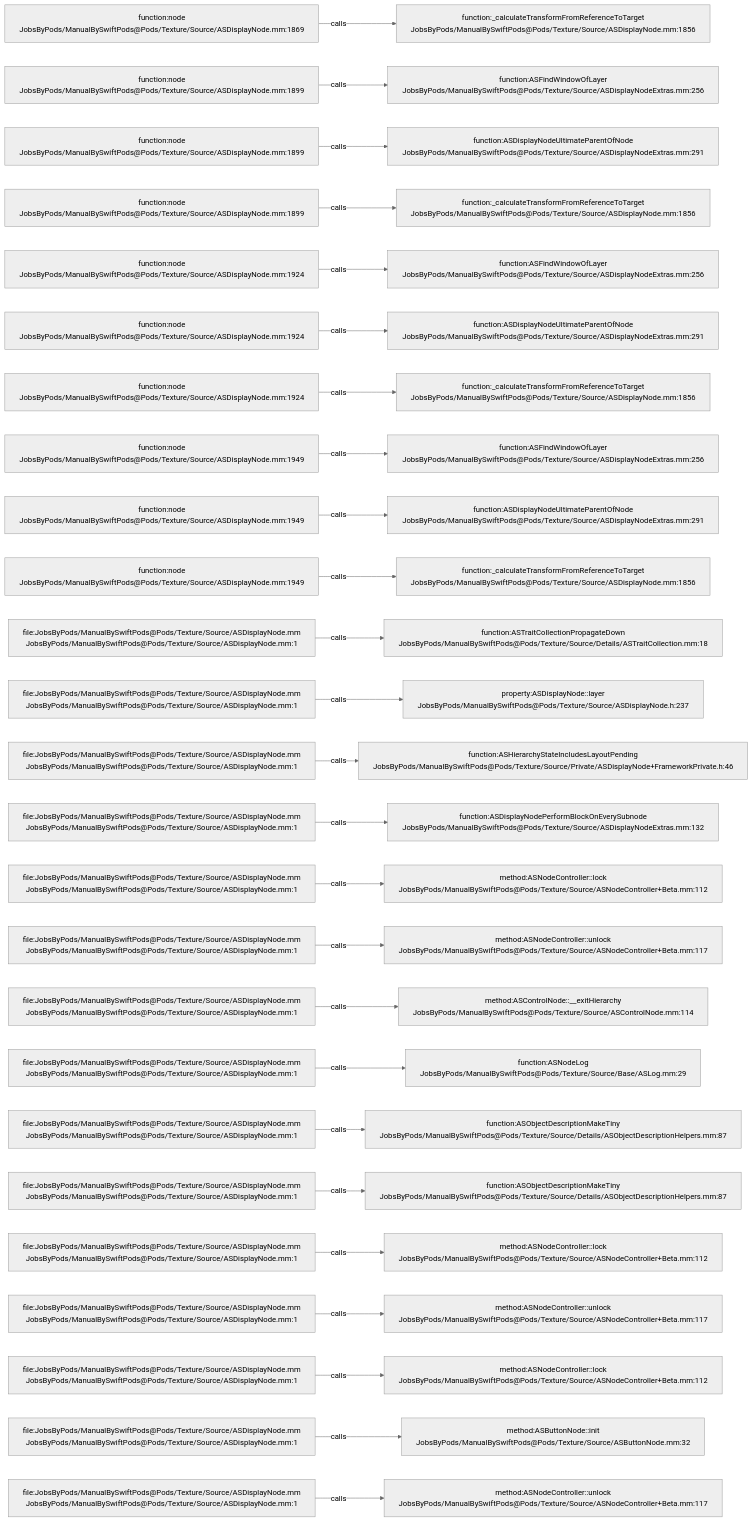
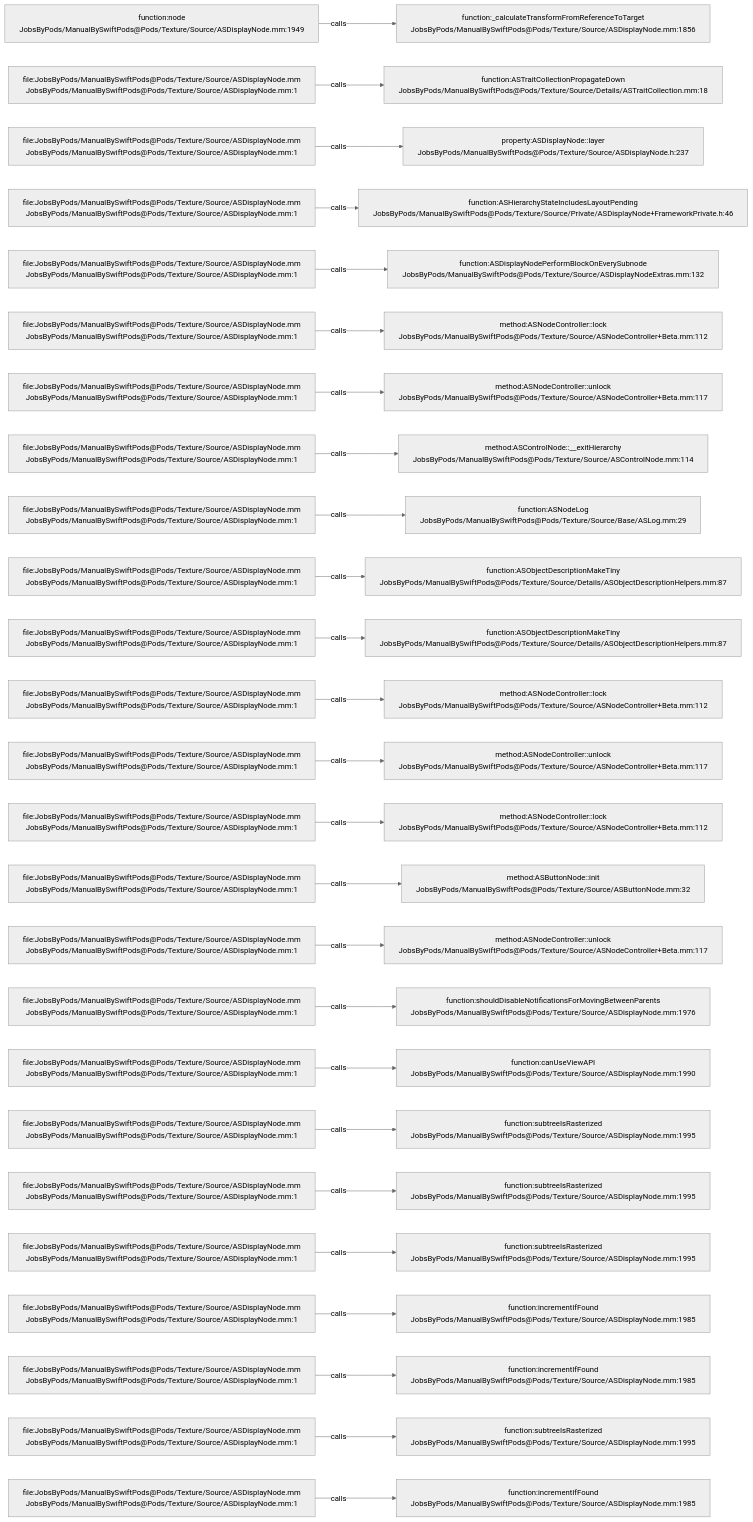
The diagram in .codegraph/codegraph.md/graphs/calls-032.md (JobsKits/JobsSwiftBaseConfigDemo), drawn with Mermaid (neutral theme) before and after one commit. The commit also changed 707 other files, not shown here.

````diff
--- a/.codegraph/codegraph.md/graphs/calls-032.md
+++ b/.codegraph/codegraph.md/graphs/calls-032.md
@@ -13,78 +13,78 @@
 ```mermaid
 flowchart LR
-  S1["function:node<br/>JobsByPods/ManualBySwiftPods@Pods/Texture/Source/ASDisplayNode.mm:1869"]
+  S1["function:node<br/>JobsByPods/ManualBySwiftPods@Pods/Texture/Source/ASDisplayNode.mm:1949"]
   T1["function:_calculateTransformFromReferenceToTarget<br/>JobsByPods/ManualBySwiftPods@Pods/Texture/Source/ASDisplayNode.mm:1856"]
   S1 -->|calls| T1
-  S2["function:node<br/>JobsByPods/ManualBySwiftPods@Pods/Texture/Source/ASDisplayNode.mm:1899"]
-  T2["function:ASFindWindowOfLayer<br/>JobsByPods/ManualBySwiftPods@Pods/Texture/Source/ASDisplayNodeExtras.mm:256"]
+  S2["file:JobsByPods/ManualBySwiftPods@Pods/Texture/Source/ASDisplayNode.mm<br/>JobsByPods/ManualBySwiftPods@Pods/Texture/Source/ASDisplayNode.mm:1"]
+  T2["function:ASTraitCollectionPropagateDown<br/>JobsByPods/ManualBySwiftPods@Pods/Texture/Source/Details/ASTraitCollection.mm:18"]
   S2 -->|calls| T2
-  S3["function:node<br/>JobsByPods/ManualBySwiftPods@Pods/Texture/Source/ASDisplayNode.mm:1899"]
-  T3["function:ASDisplayNodeUltimateParentOfNode<br/>JobsByPods/ManualBySwiftPods@Pods/Texture/Source/ASDisplayNodeExtras.mm:291"]
+  S3["file:JobsByPods/ManualBySwiftPods@Pods/Texture/Source/ASDisplayNode.mm<br/>JobsByPods/ManualBySwiftPods@Pods/Texture/Source/ASDisplayNode.mm:1"]
+  T3["property:ASDisplayNode::layer<br/>JobsByPods/ManualBySwiftPods@Pods/Texture/Source/ASDisplayNode.h:237"]
   S3 -->|calls| T3
-  S4["function:node<br/>JobsByPods/ManualBySwiftPods@Pods/Texture/Source/ASDisplayNode.mm:1899"]
-  T4["function:_calculateTransformFromReferenceToTarget<br/>JobsByPods/ManualBySwiftPods@Pods/Texture/Source/ASDisplayNode.mm:1856"]
+  S4["file:JobsByPods/ManualBySwiftPods@Pods/Texture/Source/ASDisplayNode.mm<br/>JobsByPods/ManualBySwiftPods@Pods/Texture/Source/ASDisplayNode.mm:1"]
+  T4["function:ASHierarchyStateIncludesLayoutPending<br/>JobsByPods/ManualBySwiftPods@Pods/Texture/Source/Private/ASDisplayNode+FrameworkPrivate.h:46"]
   S4 -->|calls| T4
-  S5["function:node<br/>JobsByPods/ManualBySwiftPods@Pods/Texture/Source/ASDisplayNode.mm:1924"]
-  T5["function:ASFindWindowOfLayer<br/>JobsByPods/ManualBySwiftPods@Pods/Texture/Source/ASDisplayNodeExtras.mm:256"]
+  S5["file:JobsByPods/ManualBySwiftPods@Pods/Texture/Source/ASDisplayNode.mm<br/>JobsByPods/ManualBySwiftPods@Pods/Texture/Source/ASDisplayNode.mm:1"]
+  T5["function:ASDisplayNodePerformBlockOnEverySubnode<br/>JobsByPods/ManualBySwiftPods@Pods/Texture/Source/ASDisplayNodeExtras.mm:132"]
   S5 -->|calls| T5
-  S6["function:node<br/>JobsByPods/ManualBySwiftPods@Pods/Texture/Source/ASDisplayNode.mm:1924"]
-  T6["function:ASDisplayNodeUltimateParentOfNode<br/>JobsByPods/ManualBySwiftPods@Pods/Texture/Source/ASDisplayNodeExtras.mm:291"]
+  S6["file:JobsByPods/ManualBySwiftPods@Pods/Texture/Source/ASDisplayNode.mm<br/>JobsByPods/ManualBySwiftPods@Pods/Texture/Source/ASDisplayNode.mm:1"]
+  T6["method:ASNodeController::lock<br/>JobsByPods/ManualBySwiftPods@Pods/Texture/Source/ASNodeController+Beta.mm:112"]
   S6 -->|calls| T6
-  S7["function:node<br/>JobsByPods/ManualBySwiftPods@Pods/Texture/Source/ASDisplayNode.mm:1924"]
-  T7["function:_calculateTransformFromReferenceToTarget<br/>JobsByPods/ManualBySwiftPods@Pods/Texture/Source/ASDisplayNode.mm:1856"]
+  S7["file:JobsByPods/ManualBySwiftPods@Pods/Texture/Source/ASDisplayNode.mm<br/>JobsByPods/ManualBySwiftPods@Pods/Texture/Source/ASDisplayNode.mm:1"]
+  T7["method:ASNodeController::unlock<br/>JobsByPods/ManualBySwiftPods@Pods/Texture/Source/ASNodeController+Beta.mm:117"]
   S7 -->|calls| T7
-  S8["function:node<br/>JobsByPods/ManualBySwiftPods@Pods/Texture/Source/ASDisplayNode.mm:1949"]
-  T8["function:ASFindWindowOfLayer<br/>JobsByPods/ManualBySwiftPods@Pods/Texture/Source/ASDisplayNodeExtras.mm:256"]
+  S8["file:JobsByPods/ManualBySwiftPods@Pods/Texture/Source/ASDisplayNode.mm<br/>JobsByPods/ManualBySwiftPods@Pods/Texture/Source/ASDisplayNode.mm:1"]
+  T8["method:ASControlNode::__exitHierarchy<br/>JobsByPods/ManualBySwiftPods@Pods/Texture/Source/ASControlNode.mm:114"]
   S8 -->|calls| T8
-  S9["function:node<br/>JobsByPods/ManualBySwiftPods@Pods/Texture/Source/ASDisplayNode.mm:1949"]
-  T9["function:ASDisplayNodeUltimateParentOfNode<br/>JobsByPods/ManualBySwiftPods@Pods/Texture/Source/ASDisplayNodeExtras.mm:291"]
+  S9["file:JobsByPods/ManualBySwiftPods@Pods/Texture/Source/ASDisplayNode.mm<br/>JobsByPods/ManualBySwiftPods@Pods/Texture/Source/ASDisplayNode.mm:1"]
+  T9["function:ASNodeLog<br/>JobsByPods/ManualBySwiftPods@Pods/Texture/Source/Base/ASLog.mm:29"]
   S9 -->|calls| T9
-  S10["function:node<br/>JobsByPods/ManualBySwiftPods@Pods/Texture/Source/ASDisplayNode.mm:1949"]
-  T10["function:_calculateTransformFromReferenceToTarget<br/>JobsByPods/ManualBySwiftPods@Pods/Texture/Source/ASDisplayNode.mm:1856"]
+  S10["file:JobsByPods/ManualBySwiftPods@Pods/Texture/Source/ASDisplayNode.mm<br/>JobsByPods/ManualBySwiftPods@Pods/Texture/Source/ASDisplayNode.mm:1"]
+  T10["function:ASObjectDescriptionMakeTiny<br/>JobsByPods/ManualBySwiftPods@Pods/Texture/Source/Details/ASObjectDescriptionHelpers.mm:87"]
   S10 -->|calls| T10
   S11["file:JobsByPods/ManualBySwiftPods@Pods/Texture/Source/ASDisplayNode.mm<br/>JobsByPods/ManualBySwiftPods@Pods/Texture/Source/ASDisplayNode.mm:1"]
-  T11["function:ASTraitCollectionPropagateDown<br/>JobsByPods/ManualBySwiftPods@Pods/Texture/Source/Details/ASTraitCollection.mm:18"]
+  T11["function:ASObjectDescriptionMakeTiny<br/>JobsByPods/ManualBySwiftPods@Pods/Texture/Source/Details/ASObjectDescriptionHelpers.mm:87"]
   S11 -->|calls| T11
   S12["file:JobsByPods/ManualBySwiftPods@Pods/Texture/Source/ASDisplayNode.mm<br/>JobsByPods/ManualBySwiftPods@Pods/Texture/Source/ASDisplayNode.mm:1"]
-  T12["property:ASDisplayNode::layer<br/>JobsByPods/ManualBySwiftPods@Pods/Texture/Source/ASDisplayNode.h:237"]
+  T12["method:ASNodeController::lock<br/>JobsByPods/ManualBySwiftPods@Pods/Texture/Source/ASNodeController+Beta.mm:112"]
   S12 -->|calls| T12
   S13["file:JobsByPods/ManualBySwiftPods@Pods/Texture/Source/ASDisplayNode.mm<br/>JobsByPods/ManualBySwiftPods@Pods/Texture/Source/ASDisplayNode.mm:1"]
-  T13["function:ASHierarchyStateIncludesLayoutPending<br/>JobsByPods/ManualBySwiftPods@Pods/Texture/Source/Private/ASDisplayNode+FrameworkPrivate.h:46"]
+  T13["method:ASNodeController::unlock<br/>JobsByPods/ManualBySwiftPods@Pods/Texture/Source/ASNodeController+Beta.mm:117"]
   S13 -->|calls| T13
   S14["file:JobsByPods/ManualBySwiftPods@Pods/Texture/Source/ASDisplayNode.mm<br/>JobsByPods/ManualBySwiftPods@Pods/Texture/Source/ASDisplayNode.mm:1"]
-  T14["function:ASDisplayNodePerformBlockOnEverySubnode<br/>JobsByPods/ManualBySwiftPods@Pods/Texture/Source/ASDisplayNodeExtras.mm:132"]
+  T14["method:ASNodeController::lock<br/>JobsByPods/ManualBySwiftPods@Pods/Texture/Source/ASNodeController+Beta.mm:112"]
   S14 -->|calls| T14
   S15["file:JobsByPods/ManualBySwiftPods@Pods/Texture/Source/ASDisplayNode.mm<br/>JobsByPods/ManualBySwiftPods@Pods/Texture/Source/ASDisplayNode.mm:1"]
-  T15["method:ASNodeController::lock<br/>JobsByPods/ManualBySwiftPods@Pods/Texture/Source/ASNodeController+Beta.mm:112"]
+  T15["method:ASButtonNode::init<br/>JobsByPods/ManualBySwiftPods@Pods/Texture/Source/ASButtonNode.mm:32"]
   S15 -->|calls| T15
   S16["file:JobsByPods/ManualBySwiftPods@Pods/Texture/Source/ASDisplayNode.mm<br/>JobsByPods/ManualBySwiftPods@Pods/Texture/Source/ASDisplayNode.mm:1"]
   T16["method:ASNodeController::unlock<br/>JobsByPods/ManualBySwiftPods@Pods/Texture/Source/ASNodeController+Beta.mm:117"]
   S16 -->|calls| T16
   S17["file:JobsByPods/ManualBySwiftPods@Pods/Texture/Source/ASDisplayNode.mm<br/>JobsByPods/ManualBySwiftPods@Pods/Texture/Source/ASDisplayNode.mm:1"]
-  T17["method:ASControlNode::__exitHierarchy<br/>JobsByPods/ManualBySwiftPods@Pods/Texture/Source/ASControlNode.mm:114"]
+  T17["function:shouldDisableNotificationsForMovingBetweenParents<br/>JobsByPods/ManualBySwiftPods@Pods/Texture/Source/ASDisplayNode.mm:1976"]
   S17 -->|calls| T17
   S18["file:JobsByPods/ManualBySwiftPods@Pods/Texture/Source/ASDisplayNode.mm<br/>JobsByPods/ManualBySwiftPods@Pods/Texture/Source/ASDisplayNode.mm:1"]
-  T18["function:ASNodeLog<br/>JobsByPods/ManualBySwiftPods@Pods/Texture/Source/Base/ASLog.mm:29"]
+  T18["function:canUseViewAPI<br/>JobsByPods/ManualBySwiftPods@Pods/Texture/Source/ASDisplayNode.mm:1990"]
   S18 -->|calls| T18
   S19["file:JobsByPods/ManualBySwiftPods@Pods/Texture/Source/ASDisplayNode.mm<br/>JobsByPods/ManualBySwiftPods@Pods/Texture/Source/ASDisplayNode.mm:1"]
-  T19["function:ASObjectDescriptionMakeTiny<br/>JobsByPods/ManualBySwiftPods@Pods/Texture/Source/Details/ASObjectDescriptionHelpers.mm:87"]
+  T19["function:subtreeIsRasterized<br/>JobsByPods/ManualBySwiftPods@Pods/Texture/Source/ASDisplayNode.mm:1995"]
   S19 -->|calls| T19
   S20["file:JobsByPods/ManualBySwiftPods@Pods/Texture/Source/ASDisplayNode.mm<br/>JobsByPods/ManualBySwiftPods@Pods/Texture/Source/ASDisplayNode.mm:1"]
-  T20["function:ASObjectDescriptionMakeTiny<br/>JobsByPods/ManualBySwiftPods@Pods/Texture/Source/Details/ASObjectDescriptionHelpers.mm:87"]
+  T20["function:subtreeIsRasterized<br/>JobsByPods/ManualBySwiftPods@Pods/Texture/Source/ASDisplayNode.mm:1995"]
   S20 -->|calls| T20
   S21["file:JobsByPods/ManualBySwiftPods@Pods/Texture/Source/ASDisplayNode.mm<br/>JobsByPods/ManualBySwiftPods@Pods/Texture/Source/ASDisplayNode.mm:1"]
-  T21["method:ASNodeController::lock<br/>JobsByPods/ManualBySwiftPods@Pods/Texture/Source/ASNodeController+Beta.mm:112"]
+  T21["function:subtreeIsRasterized<br/>JobsByPods/ManualBySwiftPods@Pods/Texture/Source/ASDisplayNode.mm:1995"]
   S21 -->|calls| T21
   S22["file:JobsByPods/ManualBySwiftPods@Pods/Texture/Source/ASDisplayNode.mm<br/>JobsByPods/ManualBySwiftPods@Pods/Texture/Source/ASDisplayNode.mm:1"]
-  T22["method:ASNodeController::unlock<br/>JobsByPods/ManualBySwiftPods@Pods/Texture/Source/ASNodeController+Beta.mm:117"]
+  T22["function:incrementIfFound<br/>JobsByPods/ManualBySwiftPods@Pods/Texture/Source/ASDisplayNode.mm:1985"]
   S22 -->|calls| T22
   S23["file:JobsByPods/ManualBySwiftPods@Pods/Texture/Source/ASDisplayNode.mm<br/>JobsByPods/ManualBySwiftPods@Pods/Texture/Source/ASDisplayNode.mm:1"]
-  T23["method:ASNodeController::lock<br/>JobsByPods/ManualBySwiftPods@Pods/Texture/Source/ASNodeController+Beta.mm:112"]
+  T23["function:incrementIfFound<br/>JobsByPods/ManualBySwiftPods@Pods/Texture/Source/ASDisplayNode.mm:1985"]
   S23 -->|calls| T23
   S24["file:JobsByPods/ManualBySwiftPods@Pods/Texture/Source/ASDisplayNode.mm<br/>JobsByPods/ManualBySwiftPods@Pods/Texture/Source/ASDisplayNode.mm:1"]
-  T24["method:ASButtonNode::init<br/>JobsByPods/ManualBySwiftPods@Pods/Texture/Source/ASButtonNode.mm:32"]
+  T24["function:subtreeIsRasterized<br/>JobsByPods/ManualBySwiftPods@Pods/Texture/Source/ASDisplayNode.mm:1995"]
   S24 -->|calls| T24
   S25["file:JobsByPods/ManualBySwiftPods@Pods/Texture/Source/ASDisplayNode.mm<br/>JobsByPods/ManualBySwiftPods@Pods/Texture/Source/ASDisplayNode.mm:1"]
-  T25["method:ASNodeController::unlock<br/>JobsByPods/ManualBySwiftPods@Pods/Texture/Source/ASNodeController+Beta.mm:117"]
+  T25["function:incrementIfFound<br/>JobsByPods/ManualBySwiftPods@Pods/Texture/Source/ASDisplayNode.mm:1985"]
   S25 -->|calls| T25
 ```
````
